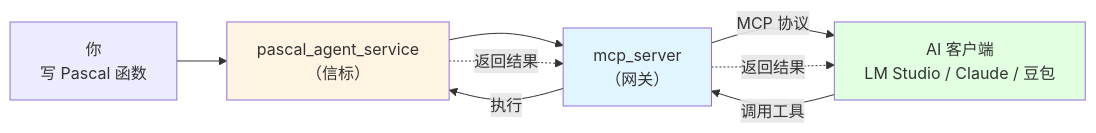
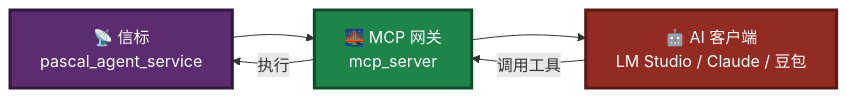
The third of 13 diagrams in readme.md (PassByYou888/LingoFuse-pasAgent), drawn with Mermaid before and after one commit. The commit also changed other lines of this file, not shown here.

````diff
--- a/readme.md
+++ b/readme.md
@@ -29,14 +71,11 @@
 ```mermaid
 flowchart LR
-    U["你<br/>写 Pascal 函数"] --> P["pascal_agent_service<br/>（信标）"]
-    P --> M["mcp_server<br/>（网关）"]
-    M -->|MCP 协议| AI["AI 客户端<br/>LM Studio / Claude / 豆包"]
-    AI -->|调用工具| M
-    M -->|执行| P
-    P -.->|返回结果| M
-    M -.->|返回结果| AI
+    A["📡 信标<br/>pascal_agent_service"] --> B["🌉 MCP 网关<br/>mcp_server"]
+    B --> C["🤖 AI 客户端<br/>LM Studio / Claude / 豆包"]
+    C -->|调用工具| B
+    B -->|执行| A
 
-    style P fill:#fff4e1
-    style M fill:#e1f5ff
-    style AI fill:#e1ffe1
+    style A fill:#5B2C6F,stroke:#321640,stroke-width:3px,color:#FFFFFF
+    style B fill:#1E8449,stroke:#0E4D2A,stroke-width:3px,color:#FFFFFF
+    style C fill:#922B21,stroke:#5A1A14,stroke-width:3px,color:#FFFFFF
 ```
````
